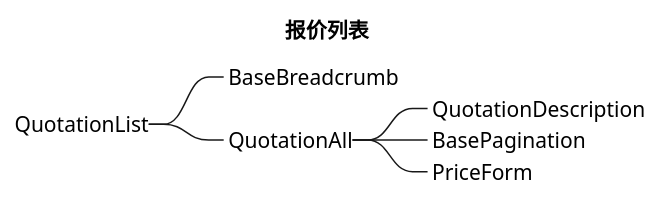
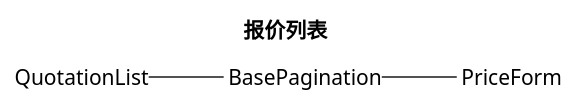
The second of 2 diagrams in docs/diagram/price/price.puml (futurekidult/product), drawn with PlantUML before and after one commit. The commit also changed other lines of this file and 13 other files, not shown here.

```diff
--- a/docs/diagram/price/price.puml
+++ b/docs/diagram/price/price.puml
@@ -11,11 +12,8 @@
 @startmindmap
 title 报价列表
 
 +_ QuotationList
-++_ BaseBreadcrumb
-++_ QuotationAll
-+++_ QuotationDescription
-+++_ BasePagination
+++_ BasePagination
 +++_ PriceForm
 
 @endmindmap
```
